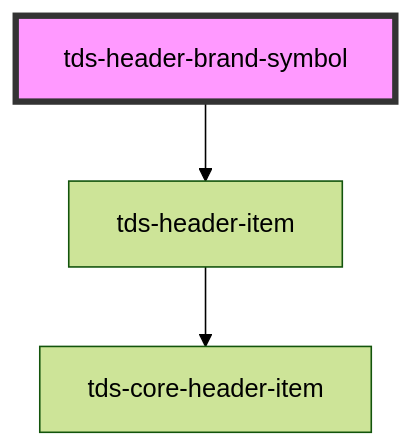
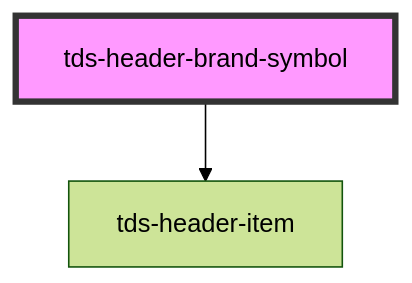
Before and after one commit to scania-digital-design-system/tegel: the diagram in packages/core/src/components/header/header-brand-symbol/readme.md, drawn with Mermaid (forest theme). The commit also changed 21 other files, not shown here.

````diff
--- a/packages/core/src/components/header/header-brand-symbol/readme.md
+++ b/packages/core/src/components/header/header-brand-symbol/readme.md
@@ -22,6 +22,5 @@
 ```mermaid
 graph TD;
   tds-header-brand-symbol --> tds-header-item
-  tds-header-item --> tds-core-header-item
   style tds-header-brand-symbol fill:#f9f,stroke:#333,stroke-width:4px
 ```
````
